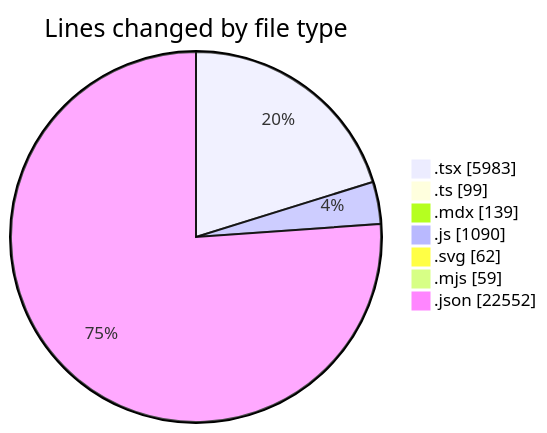
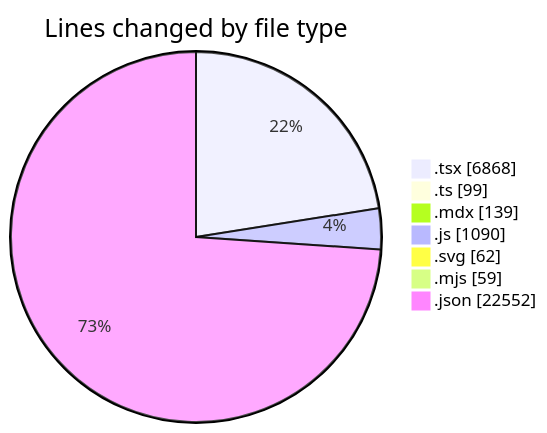
Before and after one commit to Elitesun/code-tracking: the first of 2 diagrams in 2025-05-10/elitesun/README.md, drawn with Mermaid. The commit also changed other lines of this file and 1 other file, not shown here.

````diff
--- a/2025-05-10/elitesun/README.md
+++ b/2025-05-10/elitesun/README.md
@@ -43,11 +43,11 @@
 ```mermaid
 pie showData
 title Lines changed by file type
-".tsx" : 5983
+".tsx" : 6868
 ".ts" : 99
 ".mdx" : 139
 ".js" : 1090
 ".svg" : 62
 ".mjs" : 59
 ".json" : 22552
 ```
````
